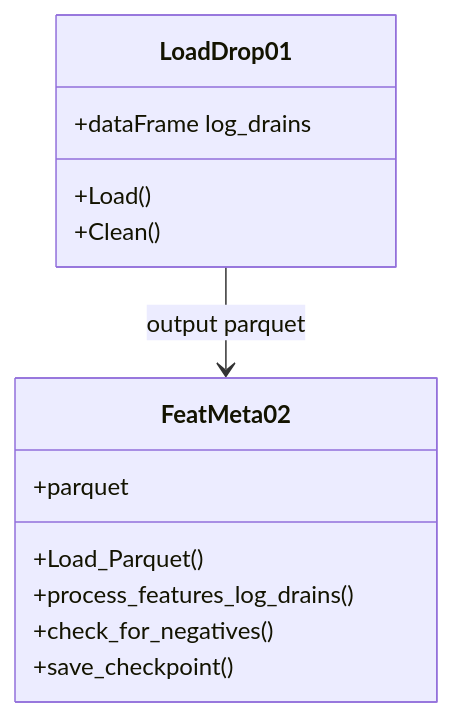
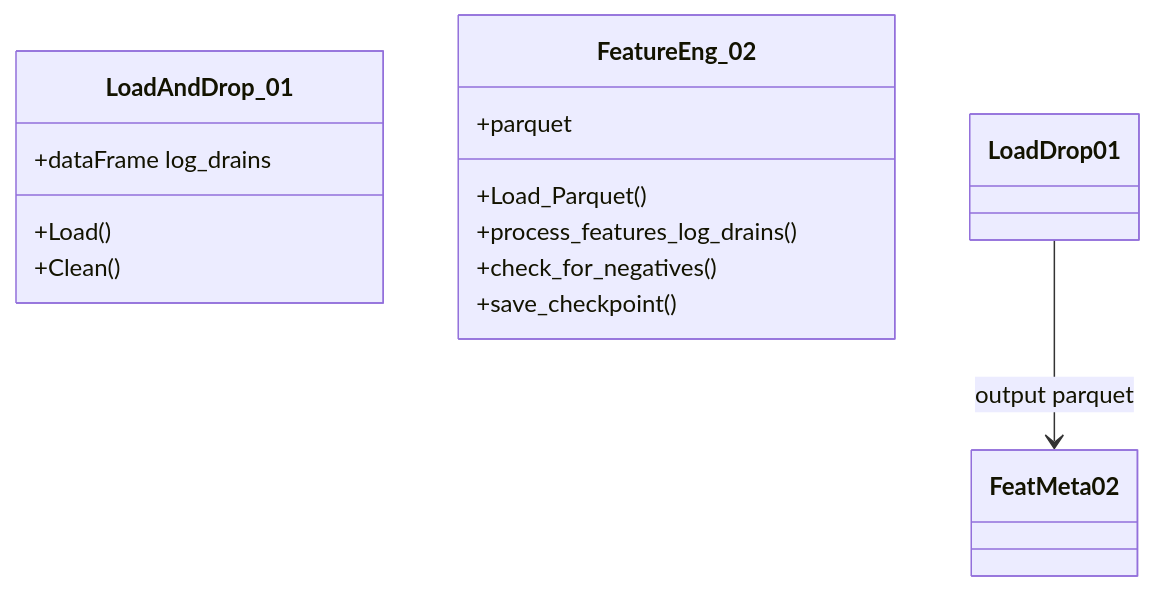
Before and after one commit to Groltjor/LogHound: the diagram in src/utils/build/README.MD, drawn with Mermaid.

Commit message:
update breve de mermaid

````diff
--- a/src/utils/build/README.MD
+++ b/src/utils/build/README.MD
@@ -3,18 +3,18 @@
 ```mermaid
 classDiagram
-    class LoadDrop01 {
+    class LoadAndDrop_01 {
         +dataFrame log_drains
         +Load()
         +Clean()
     }
 
-    class FeatMeta02 {
+    class FeatureEng_02 {
         +parquet
         +Load_Parquet()
         +process_features_log_drains()
         +check_for_negatives()
         +save_checkpoint()
     }
 
     LoadDrop01 --> FeatMeta02 : output parquet
 ```
````
